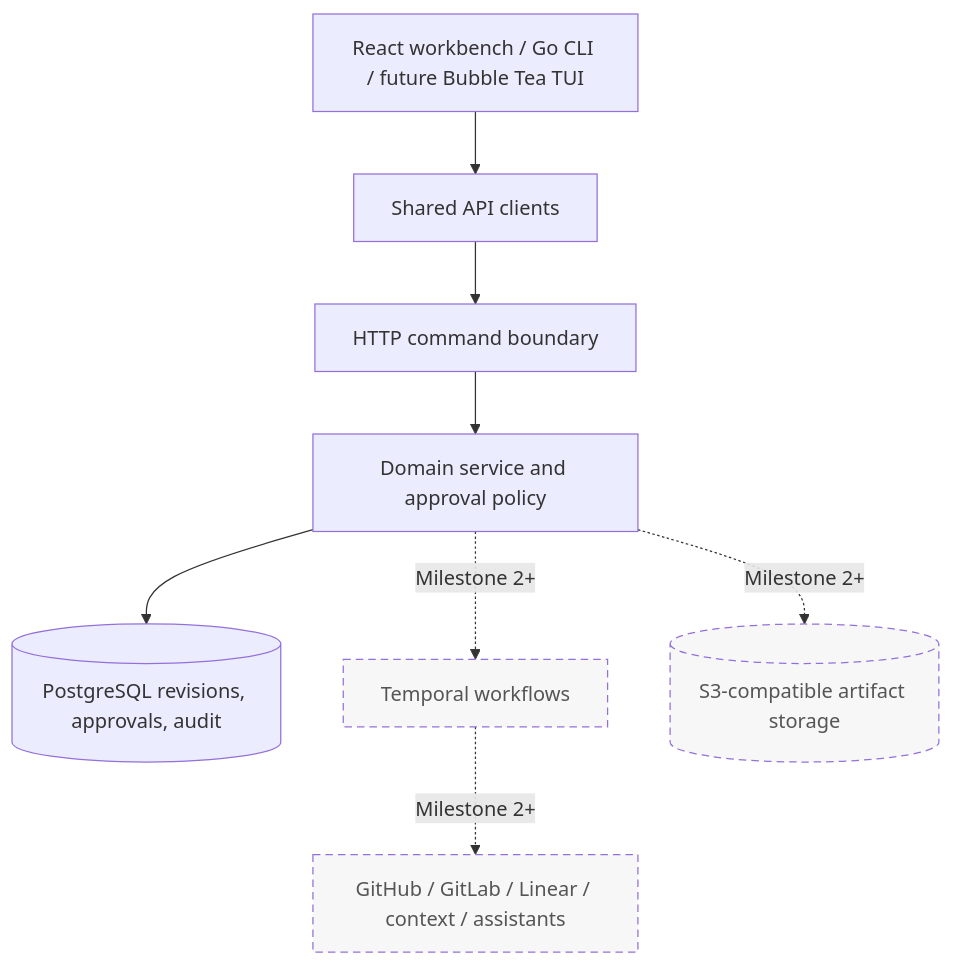
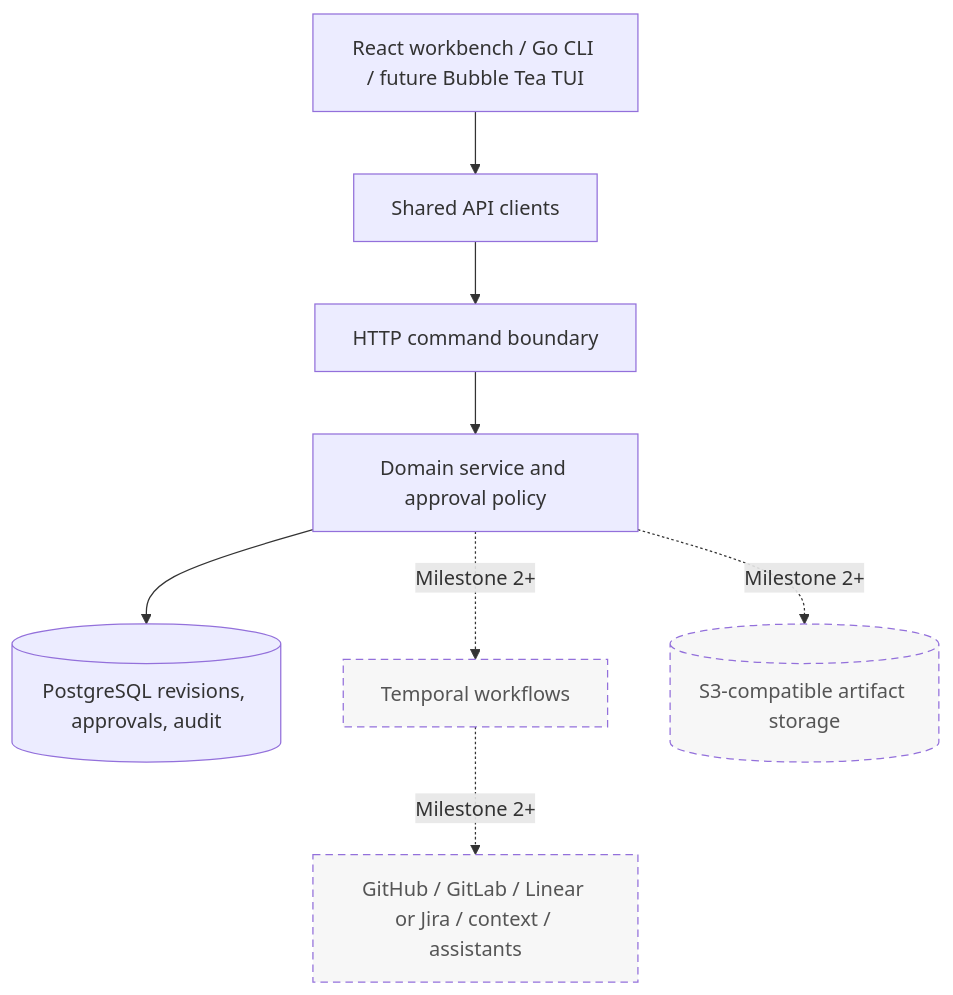
The second of 4 diagrams in docs/architecture/system.md (phenixrizen/conductor), drawn with Mermaid before and after one commit. The commit also changed other lines of this file and 8 other files, not shown here.

Commit message:
docs: define one Linear or Jira tracker per workspace

````diff
--- a/docs/architecture/system.md
+++ b/docs/architecture/system.md
@@ -75,19 +75,19 @@
 ```mermaid
 flowchart TB
     UI[React workbench / Go CLI / future Bubble Tea TUI]
     Client[Shared API clients]
     HTTP[HTTP command boundary]
     Domain[Domain service and approval policy]
     Store[(PostgreSQL revisions, approvals, audit)]
     Temporal[Temporal workflows]
     Artifacts[(S3-compatible artifact storage)]
-    Integrations[GitHub / GitLab / Linear / context / assistants]
+    Integrations[GitHub / GitLab / Linear or Jira / context / assistants]
 
     UI --> Client --> HTTP --> Domain --> Store
     Domain -. Milestone 2+ .-> Temporal
     Domain -. Milestone 2+ .-> Artifacts
     Temporal -. Milestone 2+ .-> Integrations
 
     classDef planned stroke-dasharray: 6 4,fill:#f7f7f7,color:#555;
     class Temporal,Artifacts,Integrations planned;
 ```
````
